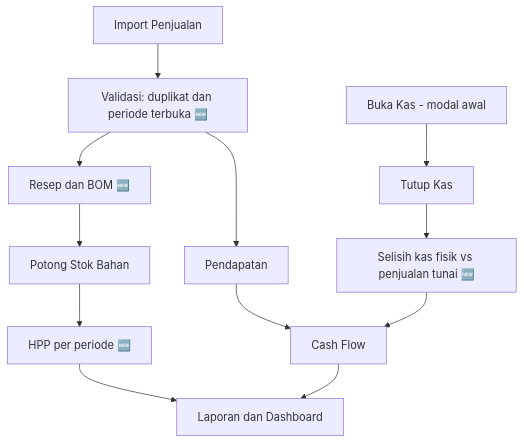
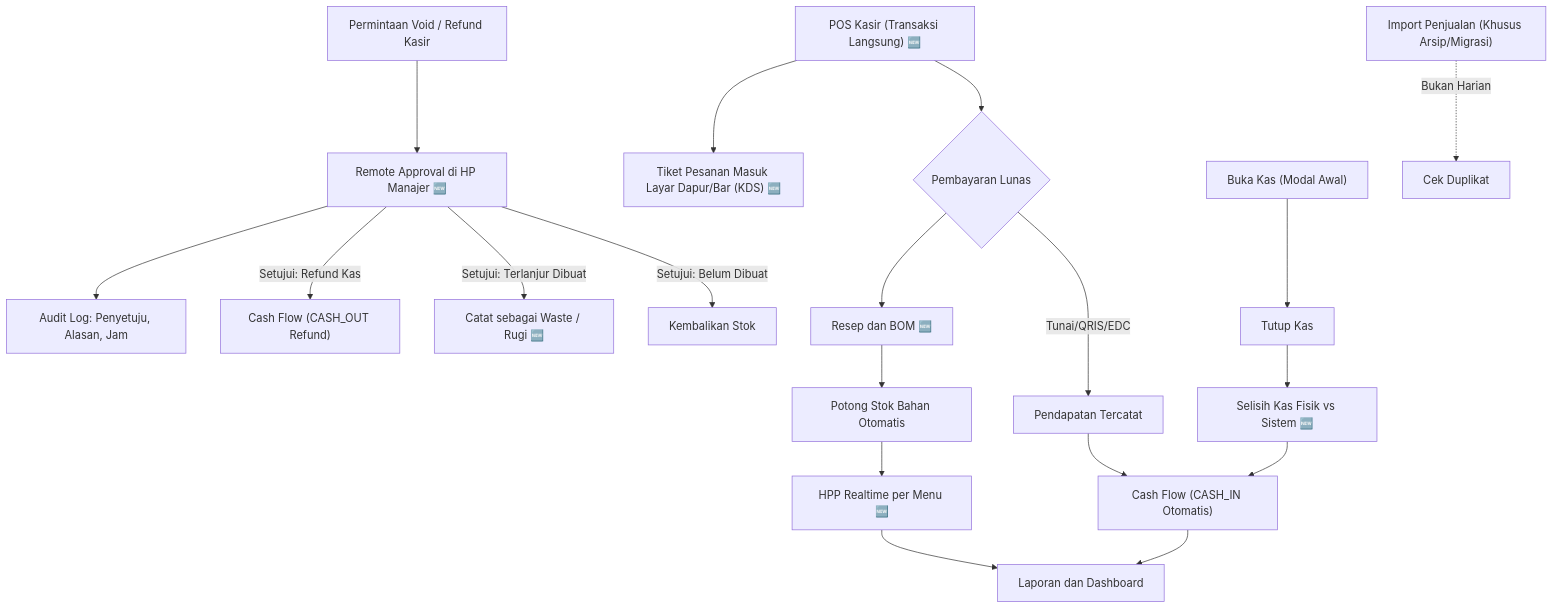
Before and after one commit to akhmadzakie/coffee-management: the second of 7 diagrams in mind_map_aplikasi_v2.md, drawn with Mermaid. The commit also changed other lines of this file and 6 other files, not shown here.

````diff
--- a/mind_map_aplikasi_v2.md
+++ b/mind_map_aplikasi_v2.md
@@ -107,14 +125,25 @@
 ```mermaid
 graph TD
-  SAL["Import Penjualan"] --> VAL["Validasi: duplikat dan periode terbuka 🆕"]
-  VAL --> BOM["Resep dan BOM 🆕"]
-  BOM --> STK["Potong Stok Bahan"]
-  STK --> HPP["HPP per periode 🆕"]
-  VAL --> REV["Pendapatan"]
-  REV --> CF["Cash Flow"]
-  OPEN["Buka Kas - modal awal"] --> CLOSE["Tutup Kas"]
-  CLOSE --> DIFF["Selisih kas fisik vs penjualan tunai 🆕"]
+  POS["POS Kasir (Transaksi Langsung) 🆕"] --> PAY{"Pembayaran Lunas"}
+  PAY -->|Tunai/QRIS/EDC| REV["Pendapatan Tercatat"]
+  REV --> CF["Cash Flow (CASH_IN Otomatis)"]
+  PAY --> BOM["Resep dan BOM 🆕"]
+  BOM --> STK["Potong Stok Bahan Otomatis"]
+  STK --> HPP["HPP Realtime per Menu 🆕"]
+  POS --> KDS["Tiket Pesanan Masuk Layar Dapur/Bar (KDS) 🆕"]
+  
+  VOID["Permintaan Void / Refund Kasir"] --> RMGR["Remote Approval di HP Manajer 🆕"]
+  RMGR -->|Setujui: Belum Dibuat| STKR["Kembalikan Stok"]
+  RMGR -->|Setujui: Terlanjur Dibuat| WST["Catat sebagai Waste / Rugi 🆕"]
+  RMGR -->|Setujui: Refund Kas| CFR["Cash Flow (CASH_OUT Refund)"]
+  RMGR --> AUD["Audit Log: Penyetuju, Alasan, Jam"]
+  
+  OPEN["Buka Kas (Modal Awal)"] --> CLOSE["Tutup Kas"]
+  CLOSE --> DIFF["Selisih Kas Fisik vs Sistem 🆕"]
   DIFF --> CF
+  
+  IMP["Import Penjualan (Khusus Arsip/Migrasi)"] -.->|Bukan Harian| VAL["Cek Duplikat"]
+  
   HPP --> REP["Laporan dan Dashboard"]
   CF --> REP
 ```
````
